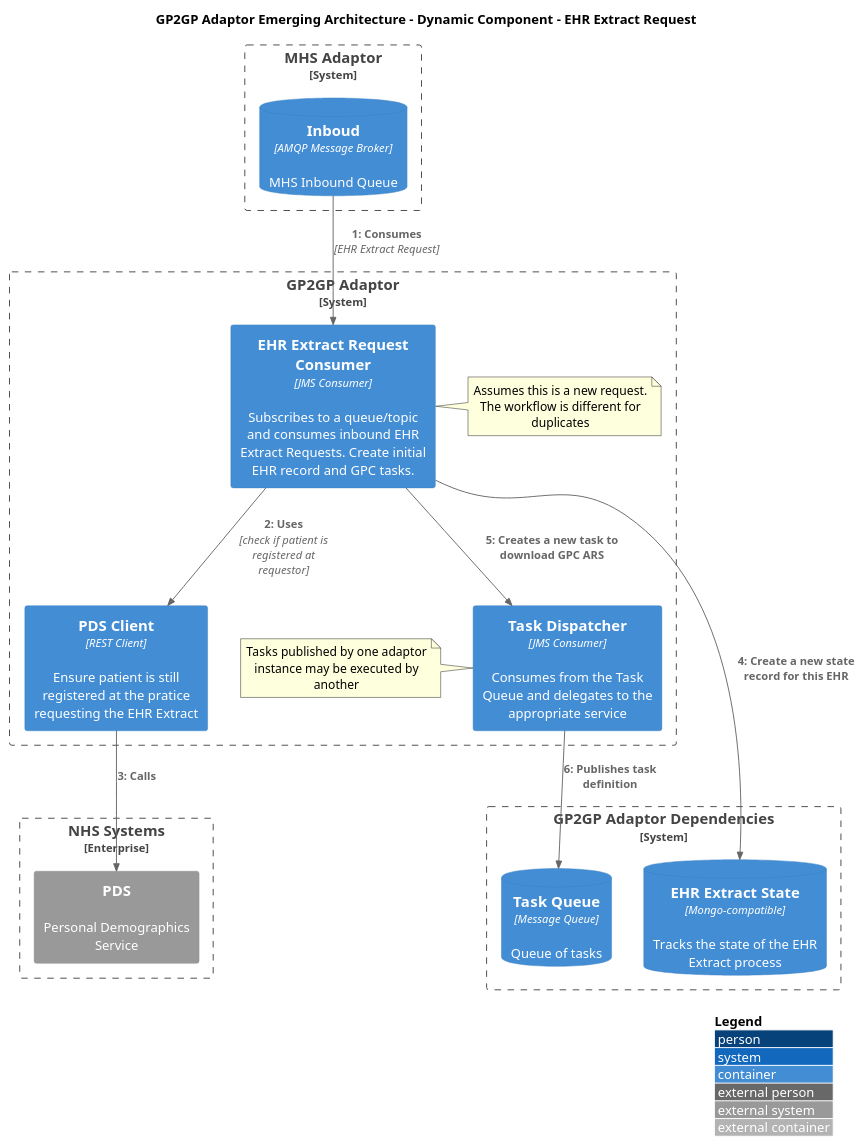
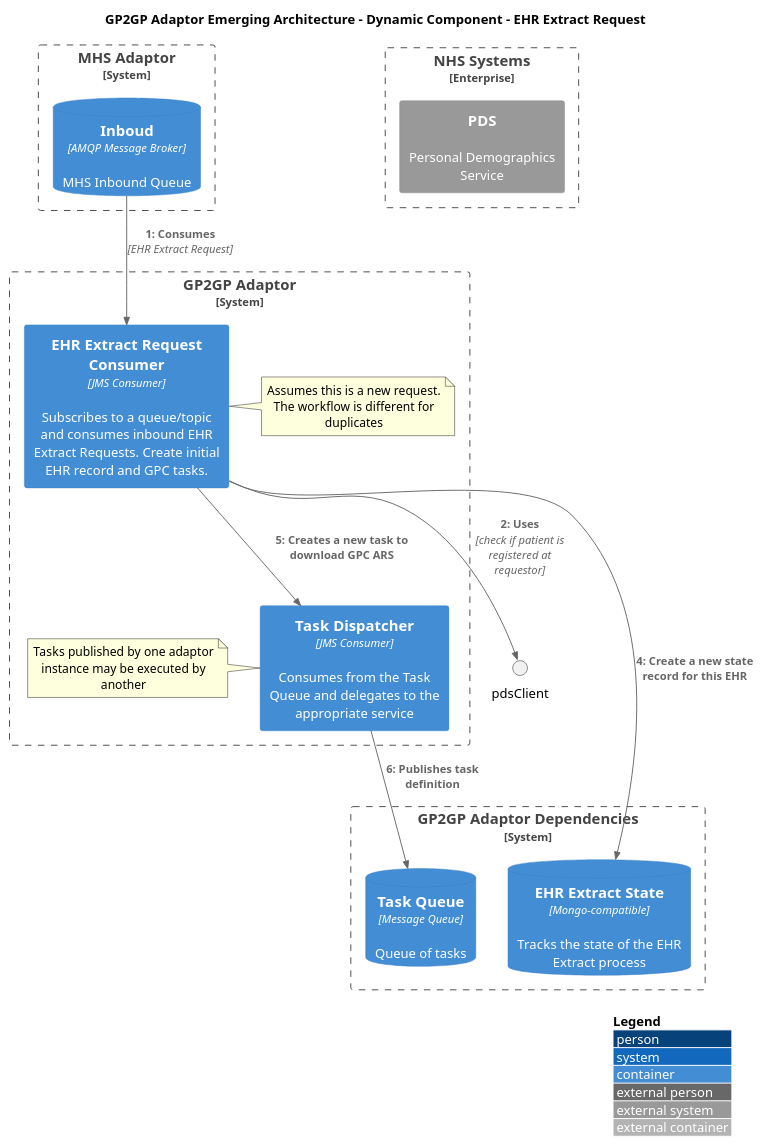
Before and after one commit to NHSDigital/integration-adaptor-gp2gp: the second of 3 diagrams in documentation/architecture/gp2gp-adaptor-container-components.puml, drawn with PlantUML. The commit also changed other lines of this file and 7 other files, not shown here.

```diff
--- a/documentation/architecture/gp2gp-adaptor-container-components.puml
+++ b/documentation/architecture/gp2gp-adaptor-container-components.puml
@@ -133,42 +87,40 @@
 @startuml
 !includeurl https://raw.githubusercontent.com/RicardoNiepel/C4-PlantUML/release/1-0/C4_Container.puml
 
 title GP2GP Adaptor Emerging Architecture - Dynamic Component - EHR Extract Request
 
 LAYOUT_WITH_LEGEND()
 
 System_Boundary(mhsAdaptor, "MHS Adaptor") {
     ContainerDb(mhsInbound, "Inboud", "AMQP Message Broker", "MHS Inbound Queue")
 }
 
 System_Boundary(gp2gpAdaptor, "GP2GP Adaptor") {
     Container(ehrExtractRequestConsumer, "EHR Extract Request Consumer", "JMS Consumer", "Subscribes to a queue/topic and consumes inbound EHR Extract Requests. Create initial EHR record and GPC tasks.")
     note right of ehrExtractRequestConsumer
         Assumes this is a new request. The workflow is different for duplicates
     end note   
 
 
     Container(taskDispatcher, "Task Dispatcher", "JMS Consumer", "Consumes from the Task Queue and delegates to the appropriate service")
     note left of taskDispatcher
         Tasks published by one adaptor instance may be executed by another
     end note
-    Container(pdsClient, "PDS Client", "REST Client", "Ensure patient is still registered at the pratice requesting the EHR Extract")
 }
 
 System_Boundary(gp2gpAdaptorDependencies, "GP2GP Adaptor Dependencies") {
     ContainerDb(ehrStaging, "EHR Extract State", "Mongo-compatible", "Tracks the state of the EHR Extract process")
     ContainerDb(taskQueue, "Task Queue", "Message Queue", "Queue of tasks")
 }
 
 Enterprise_Boundary(nhsSystems, "NHS Systems") {
     System_Ext(pds, "PDS", "Personal Demographics Service")
 }
 
 Rel_Down(mhsInbound, ehrExtractRequestConsumer, "1: Consumes", "EHR Extract Request")
 Rel(ehrExtractRequestConsumer, pdsClient, "2: Uses", "check if patient is registered at requestor")
-Rel_Down(pdsClient, pds, "3: Calls")
 Rel(ehrExtractRequestConsumer, ehrStaging, "4: Create a new state record for this EHR")
 Rel(ehrExtractRequestConsumer, taskDispatcher, "5: Creates a new task to download GPC ARS")
 Rel(taskDispatcher, taskQueue, "6: Publishes task definition")
 
 @enduml
```
